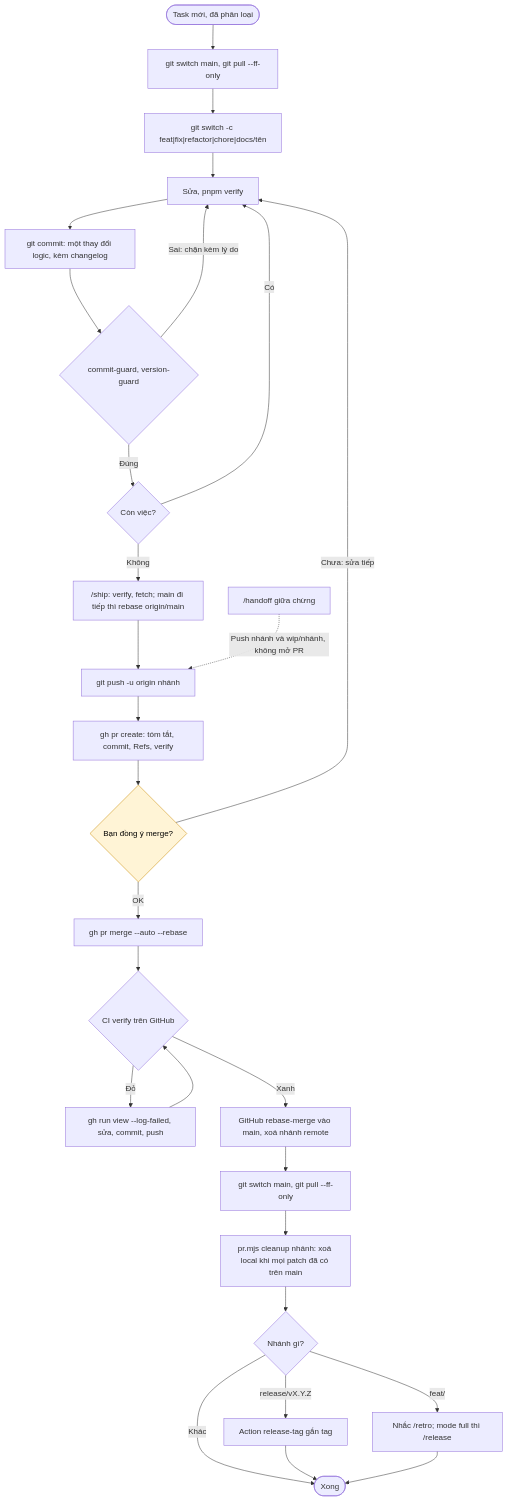
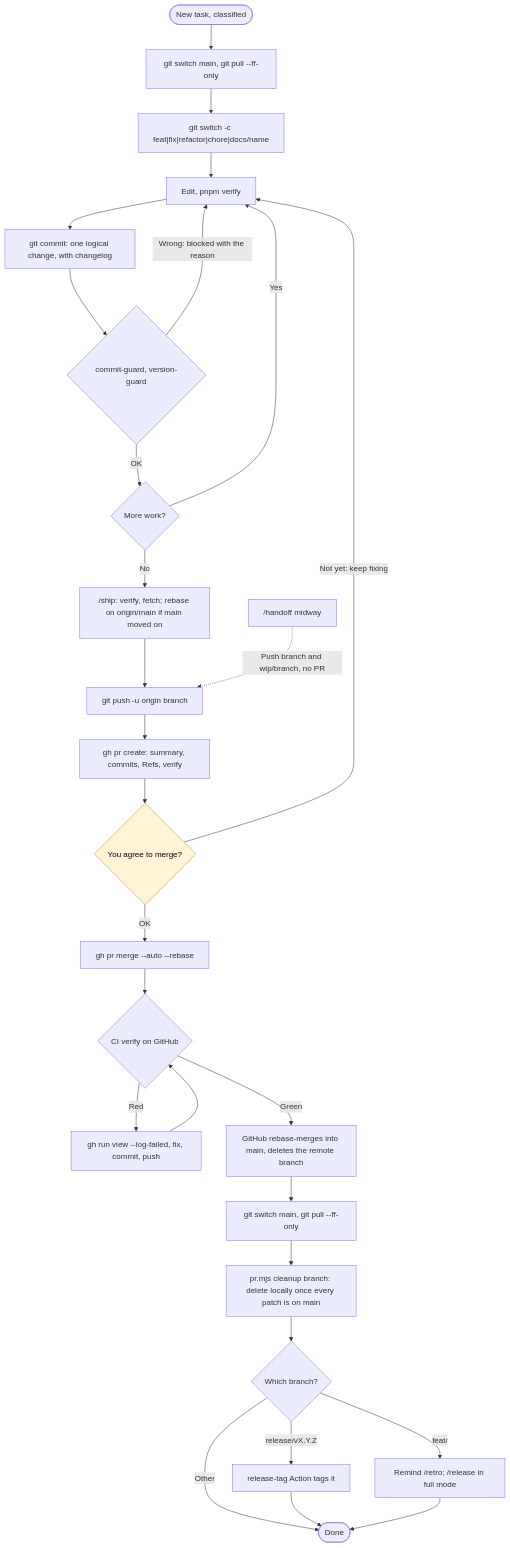
Before and after one commit to trantrong810-bz/claude-starter: the diagram in docs/workflows/git.md, drawn with Mermaid. The commit also changed other lines of this file and 70 other files, not shown here.

````diff
--- a/docs/workflows/git.md
+++ b/docs/workflows/git.md
@@ -11,34 +11,34 @@
 ```mermaid
 flowchart TD
-    TASK(["Task mới, đã phân loại"]) --> PULL["git switch main, git pull --ff-only"]
-    PULL --> BR["git switch -c feat|fix|refactor|chore|docs/tên"]
-    BR --> WORK["Sửa, pnpm verify"]
-    WORK --> COMMIT["git commit: một thay đổi logic, kèm changelog"]
+    TASK(["New task, classified"]) --> PULL["git switch main, git pull --ff-only"]
+    PULL --> BR["git switch -c feat|fix|refactor|chore|docs/name"]
+    BR --> WORK["Edit, pnpm verify"]
+    WORK --> COMMIT["git commit: one logical change, with changelog"]
     COMMIT --> CG{"commit-guard, version-guard"}
-    CG -->|"Sai: chặn kèm lý do"| WORK
-    CG -->|"Đúng"| MORE{"Còn việc?"}
-    MORE -->|"Có"| WORK
-    MORE -->|"Không"| SHIP["/ship: verify, fetch; main đi tiếp thì rebase origin/main"]
-    SHIP --> PUSH["git push -u origin nhánh"]
-    PUSH --> PR["gh pr create: tóm tắt, commit, Refs, verify"]
-    PR --> ASK{"Bạn đồng ý merge?"}
-    ASK -->|"Chưa: sửa tiếp"| WORK
+    CG -->|"Wrong: blocked with the reason"| WORK
+    CG -->|"OK"| MORE{"More work?"}
+    MORE -->|"Yes"| WORK
+    MORE -->|"No"| SHIP["/ship: verify, fetch; rebase on origin/main if main moved on"]
+    SHIP --> PUSH["git push -u origin branch"]
+    PUSH --> PR["gh pr create: summary, commits, Refs, verify"]
+    PR --> ASK{"You agree to merge?"}
+    ASK -->|"Not yet: keep fixing"| WORK
     ASK -->|"OK"| AUTO["gh pr merge --auto --rebase"]
-    AUTO --> CI{"CI verify trên GitHub"}
-    CI -->|"Đỏ"| FIXCI["gh run view --log-failed, sửa, commit, push"]
+    AUTO --> CI{"CI verify on GitHub"}
+    CI -->|"Red"| FIXCI["gh run view --log-failed, fix, commit, push"]
     FIXCI --> CI
-    CI -->|"Xanh"| MERGED["GitHub rebase-merge vào main, xoá nhánh remote"]
+    CI -->|"Green"| MERGED["GitHub rebase-merges into main, deletes the remote branch"]
     MERGED --> SYNC["git switch main, git pull --ff-only"]
-    SYNC --> CLEAN["pr.mjs cleanup nhánh: xoá local khi mọi patch đã có trên main"]
-    CLEAN --> AFTER{"Nhánh gì?"}
-    AFTER -->|"release/vX.Y.Z"| TAG["Action release-tag gắn tag"]
-    AFTER -->|"feat/"| RETRO["Nhắc /retro; mode full thì /release"]
-    AFTER -->|"Khác"| DONE(["Xong"])
+    SYNC --> CLEAN["pr.mjs cleanup branch: delete locally once every patch is on main"]
+    CLEAN --> AFTER{"Which branch?"}
+    AFTER -->|"release/vX.Y.Z"| TAG["release-tag Action tags it"]
+    AFTER -->|"feat/"| RETRO["Remind /retro; /release in full mode"]
+    AFTER -->|"Other"| DONE(["Done"])
     TAG --> DONE
     RETRO --> DONE
 
-    HO["/handoff giữa chừng"] -.->|"Push nhánh và wip/nhánh, không mở PR"| PUSH
+    HO["/handoff midway"] -.->|"Push branch and wip/branch, no PR"| PUSH
 
     classDef human fill:#fff4d6,stroke:#c98a00,color:#000
     class ASK human
 ```
````
